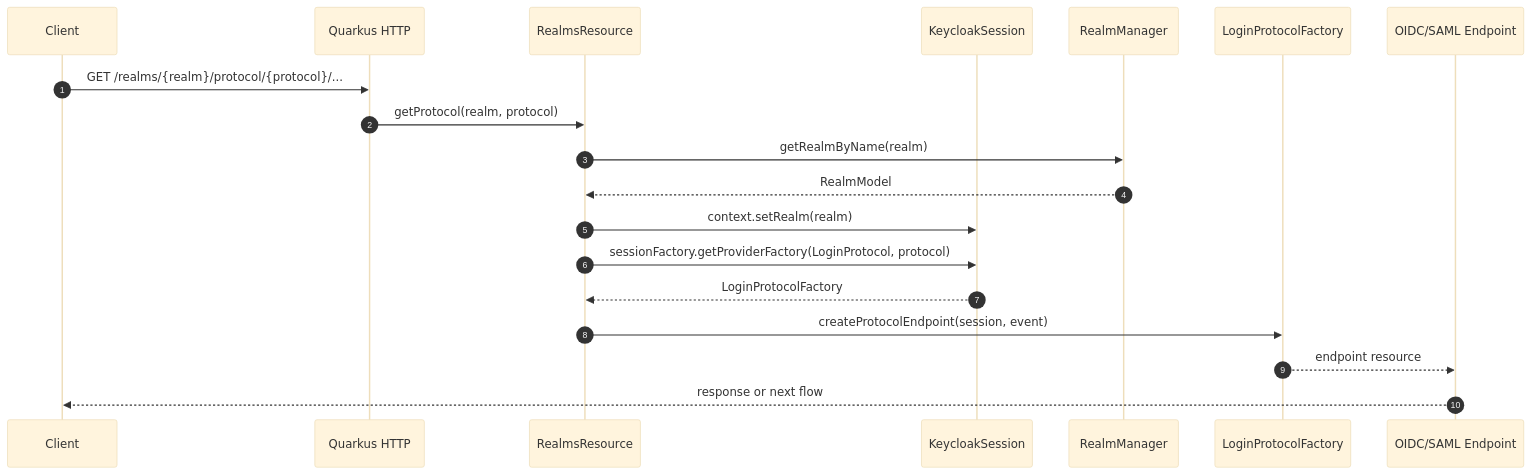
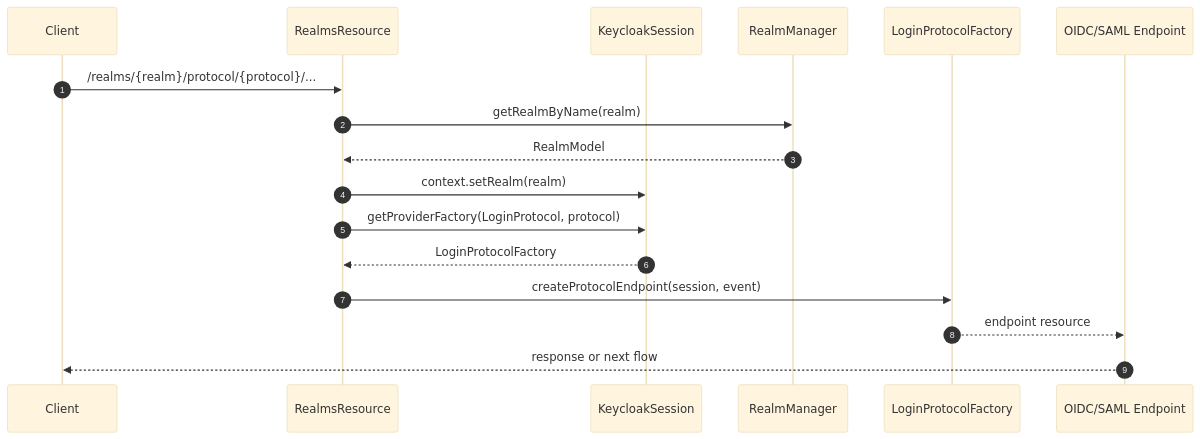
One commit to dhs-shine/keycloak changed the fourth of 5 diagrams in docs/custom/10-architecture/10-server-runtime-and-request-lifecycle.md. Above: the diagram before and after it, drawn with Mermaid (base theme). The commit also changed other lines of this file and 7 other files, not shown here.

````diff
--- a/docs/custom/10-architecture/10-server-runtime-and-request-lifecycle.md
+++ b/docs/custom/10-architecture/10-server-runtime-and-request-lifecycle.md
@@ -129,22 +124,20 @@
 ```mermaid
 sequenceDiagram
   autonumber
   participant Client
-  participant HTTP as Quarkus HTTP
   participant Realms as RealmsResource
   participant Session as KeycloakSession
   participant RealmManager
   participant Protocol as LoginProtocolFactory
   participant Endpoint as OIDC/SAML Endpoint
 
-  Client->>HTTP: GET /realms/{realm}/protocol/{protocol}/...
-  HTTP->>Realms: getProtocol(realm, protocol)
+  Client->>Realms: /realms/{realm}/protocol/{protocol}/...
   Realms->>RealmManager: getRealmByName(realm)
   RealmManager-->>Realms: RealmModel
   Realms->>Session: context.setRealm(realm)
-  Realms->>Session: sessionFactory.getProviderFactory(LoginProtocol, protocol)
+  Realms->>Session: getProviderFactory(LoginProtocol, protocol)
   Session-->>Realms: LoginProtocolFactory
   Realms->>Protocol: createProtocolEndpoint(session, event)
   Protocol-->>Endpoint: endpoint resource
   Endpoint-->>Client: response or next flow
 ```
````
